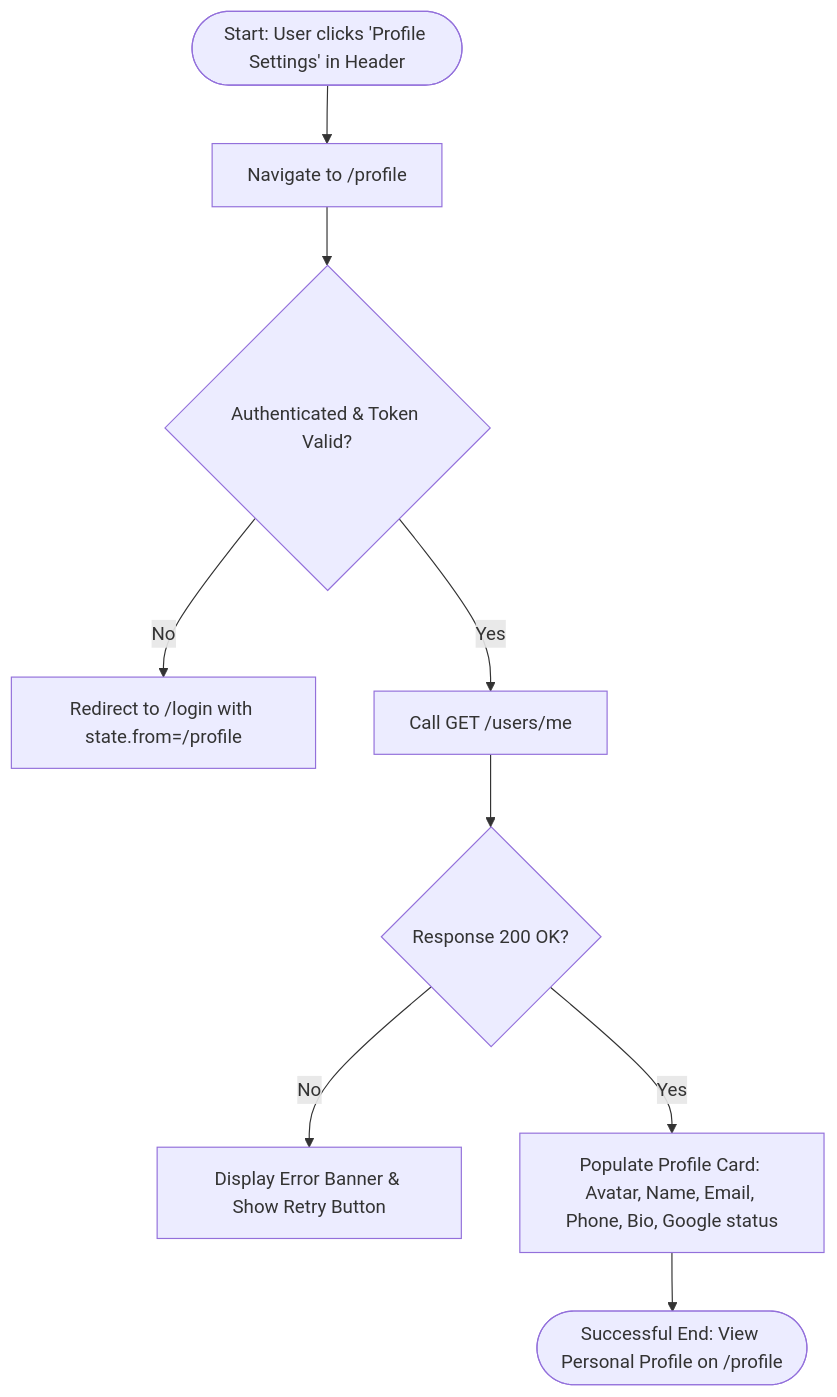
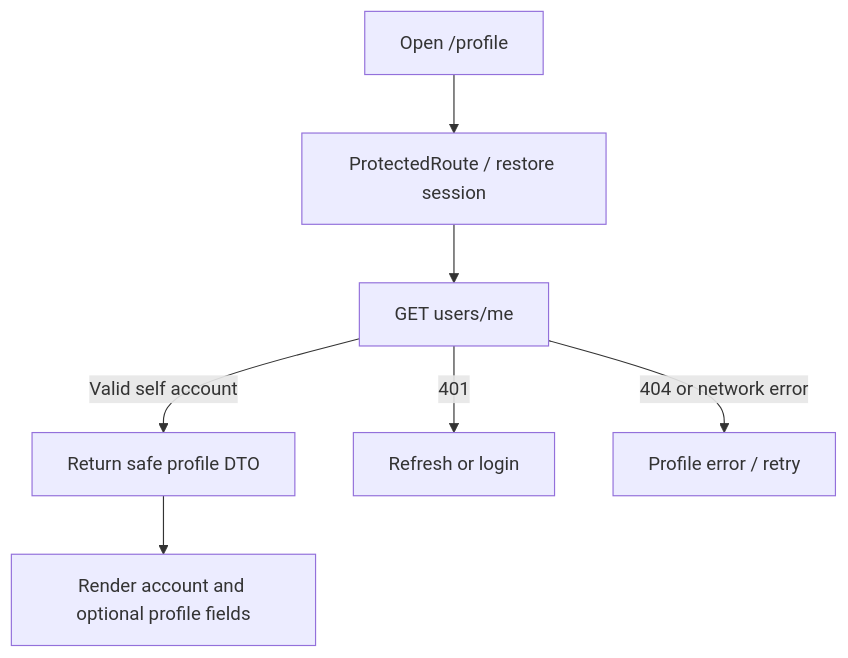
One commit to NguyenQuocTrong-bonmat/frontend-VeganHelperSystem changed the sixth of 56 diagrams in Design.MD. Above: the diagram before and after it, drawn with Mermaid. The commit also changed other lines of this file, not shown here.

Commit message:
docs: align design diagrams with current workflows

````diff
--- a/Design.MD
+++ b/Design.MD
@@ -678,11 +313,9 @@
 ```mermaid
 flowchart TD
-    A([Start: User clicks 'Profile Settings' in Header]) --> B[Navigate to /profile]
-    B --> C{Authenticated & Token Valid?}
-    C -->|No| D[Redirect to /login with state.from=/profile]
-    C -->|Yes| E[Call GET /users/me]
-    E --> F{Response 200 OK?}
-    F -->|No| G[Display Error Banner & Show Retry Button]
-    F -->|Yes| H[Populate Profile Card: Avatar, Name, Email, Phone, Bio, Google status]
-    H --> I([Successful End: View Personal Profile on /profile])
+    A["Open /profile"] --> B["ProtectedRoute / restore session"]
+    B --> C["GET users/me"]
+    C -->|Valid self account| D["Return safe profile DTO"]
+    C -->|401| E["Refresh or login"]
+    C -->|404 or network error| F["Profile error / retry"]
+    D --> G["Render account and optional profile fields"]
 ```
````
